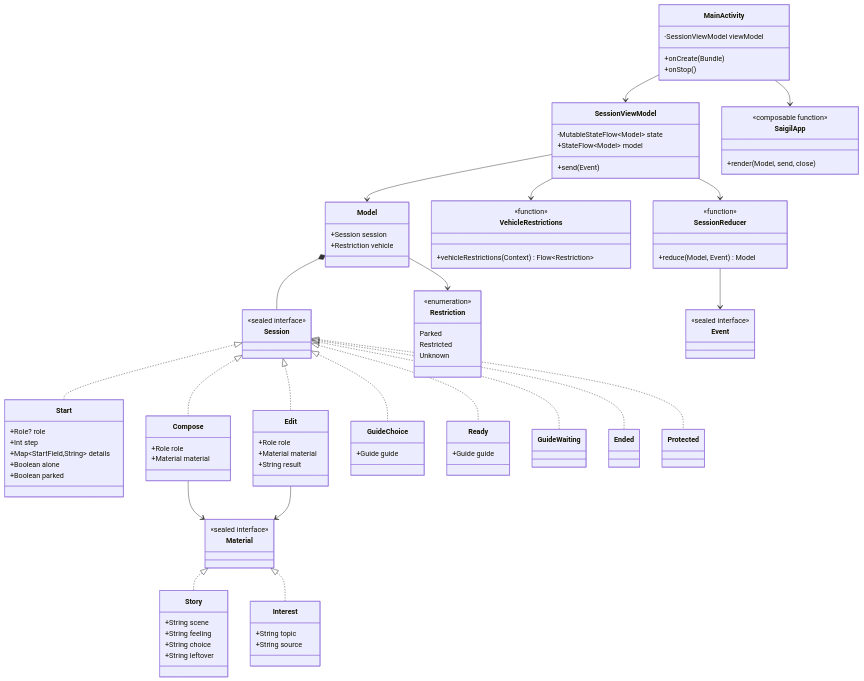
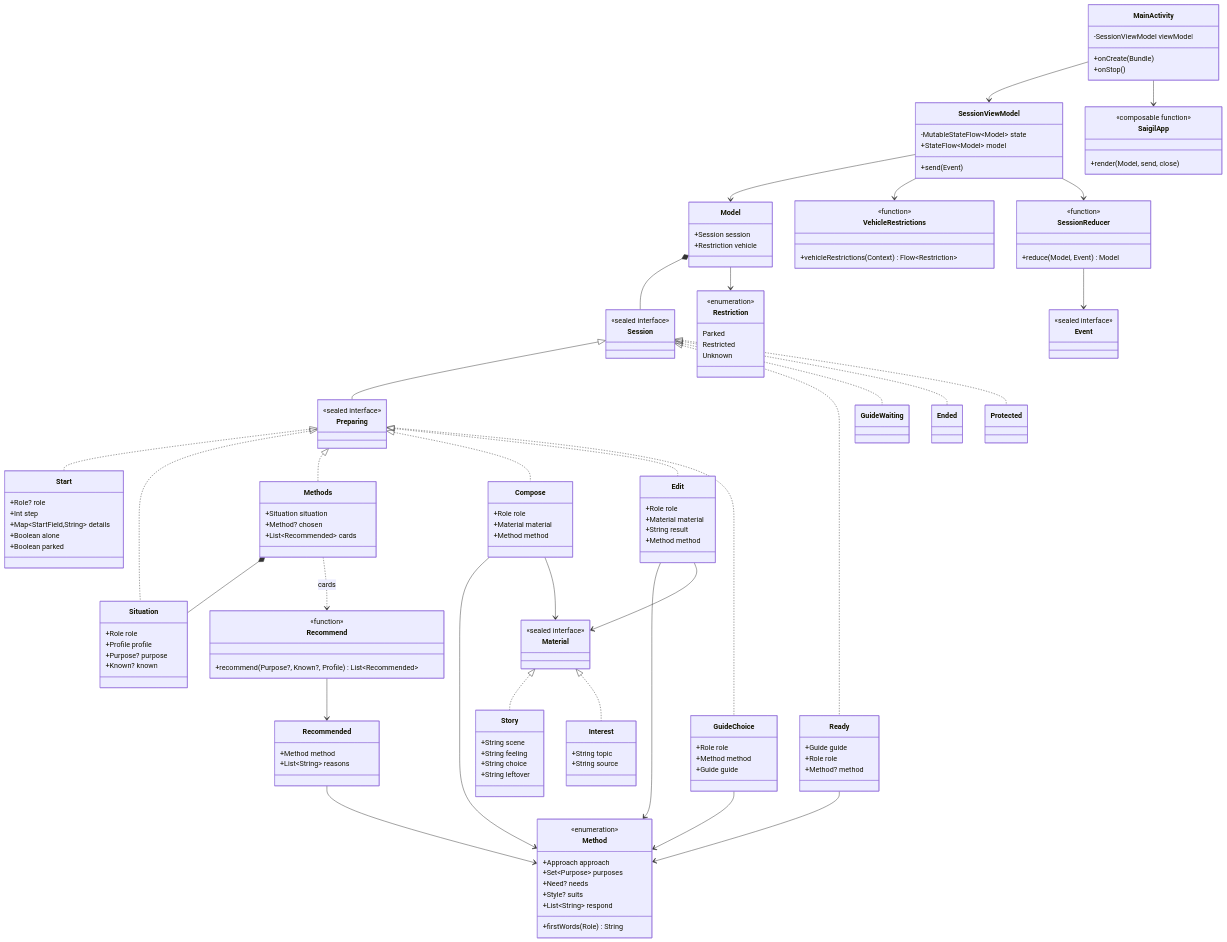
One commit to kanghwayuri/SAIGIL changed the first of 2 diagrams in docs/class-diagram.md. Above: the diagram before and after it, drawn with Mermaid. The commit also changed other lines of this file, not shown here.

Commit message:
docs: describe the situation and method card flow

```diff
--- a/docs/class-diagram.md
+++ b/docs/class-diagram.md
@@ -25,6 +25,9 @@
     class Session {
         <<sealed interface>>
     }
+    class Preparing {
+        <<sealed interface>>
+    }
     class Start {
         +Role? role
         +Int step
@@ -32,20 +35,54 @@
         +Boolean alone
         +Boolean parked
     }
+    class Situation {
+        +Role role
+        +Profile profile
+        +Purpose? purpose
+        +Known? known
+    }
+    class Methods {
+        +Situation situation
+        +Method? chosen
+        +List~Recommended~ cards
+    }
     class Compose {
         +Role role
         +Material material
+        +Method method
     }
     class Edit {
         +Role role
         +Material material
         +String result
+        +Method method
     }
     class GuideChoice {
+        +Role role
+        +Method method
         +Guide guide
     }
     class Ready {
         +Guide guide
+        +Role role
+        +Method? method
+    }
+    class Method {
+        <<enumeration>>
+        +Approach approach
+        +Set~Purpose~ purposes
+        +Need? needs
+        +Style? suits
+        +firstWords(Role) String
+        +List~String~ respond
+    }
+    class Recommended {
+        +Method method
+        +List~String~ reasons
+    }
+    class Recommend {
+        <<function>>
+        +recommend(Purpose?, Known?, Profile) List~Recommended~
     }
     class GuideWaiting
     class Ended
@@ -91,14 +128,25 @@
     SessionViewModel --> SessionReducer
     Model *-- Session
     Model --> Restriction
-    Session <|.. Start
-    Session <|.. Compose
-    Session <|.. Edit
-    Session <|.. GuideChoice
+    Session <|-- Preparing
+    Preparing <|.. Start
+    Preparing <|.. Situation
+    Preparing <|.. Methods
+    Preparing <|.. Compose
+    Preparing <|.. Edit
+    Preparing <|.. GuideChoice
     Session <|.. Ready
     Session <|.. GuideWaiting
     Session <|.. Ended
     Session <|.. Protected
+    Methods *-- Situation
+    Methods ..> Recommend : cards
+    Recommend --> Recommended
+    Recommended --> Method
+    Compose --> Method
+    Edit --> Method
+    GuideChoice --> Method
+    Ready --> Method
     Compose --> Material
     Edit --> Material
     Material <|.. Story
```
